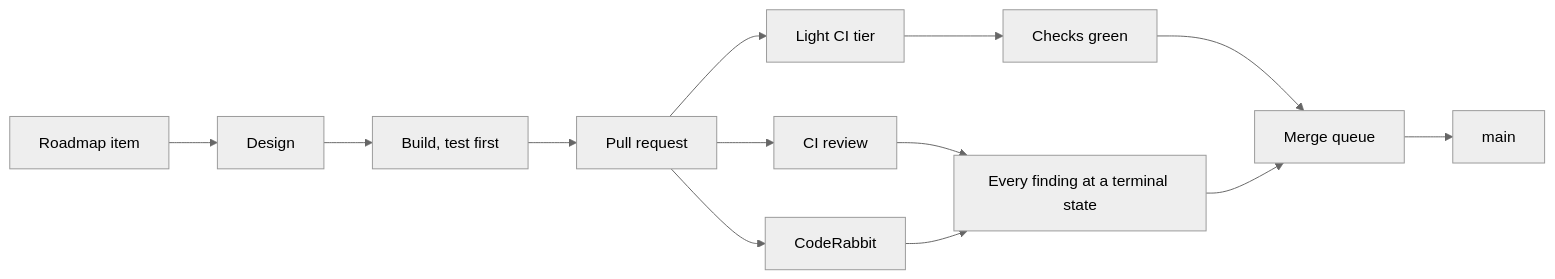
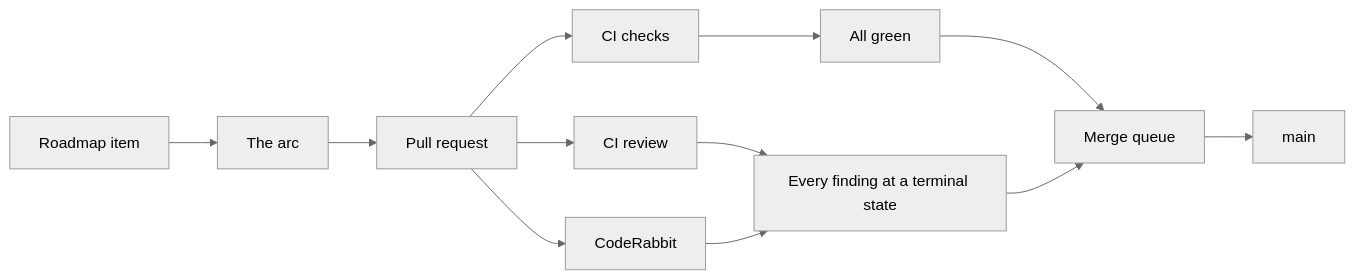
The diagram in docs/HOW-WE-BUILD.md (pixtuoid/pixtuoid), drawn with Mermaid (neutral theme) before and after one commit. The commit also changed other lines of this file, not shown here.

First line of the commit message:
docs: How we build points to the arc and the merge gate instead of listing a copy of them

````diff
--- a/docs/HOW-WE-BUILD.md
+++ b/docs/HOW-WE-BUILD.md
@@ -34,11 +38,11 @@
 ```mermaid
 flowchart LR
   accTitle: A change's path to main
-  accDescr: A change moves from a Roadmap item through design, a test-first build and a pull request; the light CI tier must pass, every CI review and CodeRabbit finding reaches a terminal state in its thread, and the merge queue lands the change on main.
-  P[Roadmap item] --> D[Design] --> B[Build, test first] --> PR[Pull request]
-  PR --> C[Light CI tier] --> G[Checks green]
+  accDescr: A Roadmap item goes through the arc to a pull request; its checks must pass and every review finding must reach a terminal state before the merge queue lands it on main.
+  P[Roadmap item] --> A[The arc] --> PR[Pull request]
+  PR --> C[CI checks] --> G[All green]
   PR --> R[CI review] --> T[Every finding at a terminal state]
   PR --> CR[CodeRabbit] --> T
   G --> Q[Merge queue]
   T --> Q --> M[main]
 ```
````
